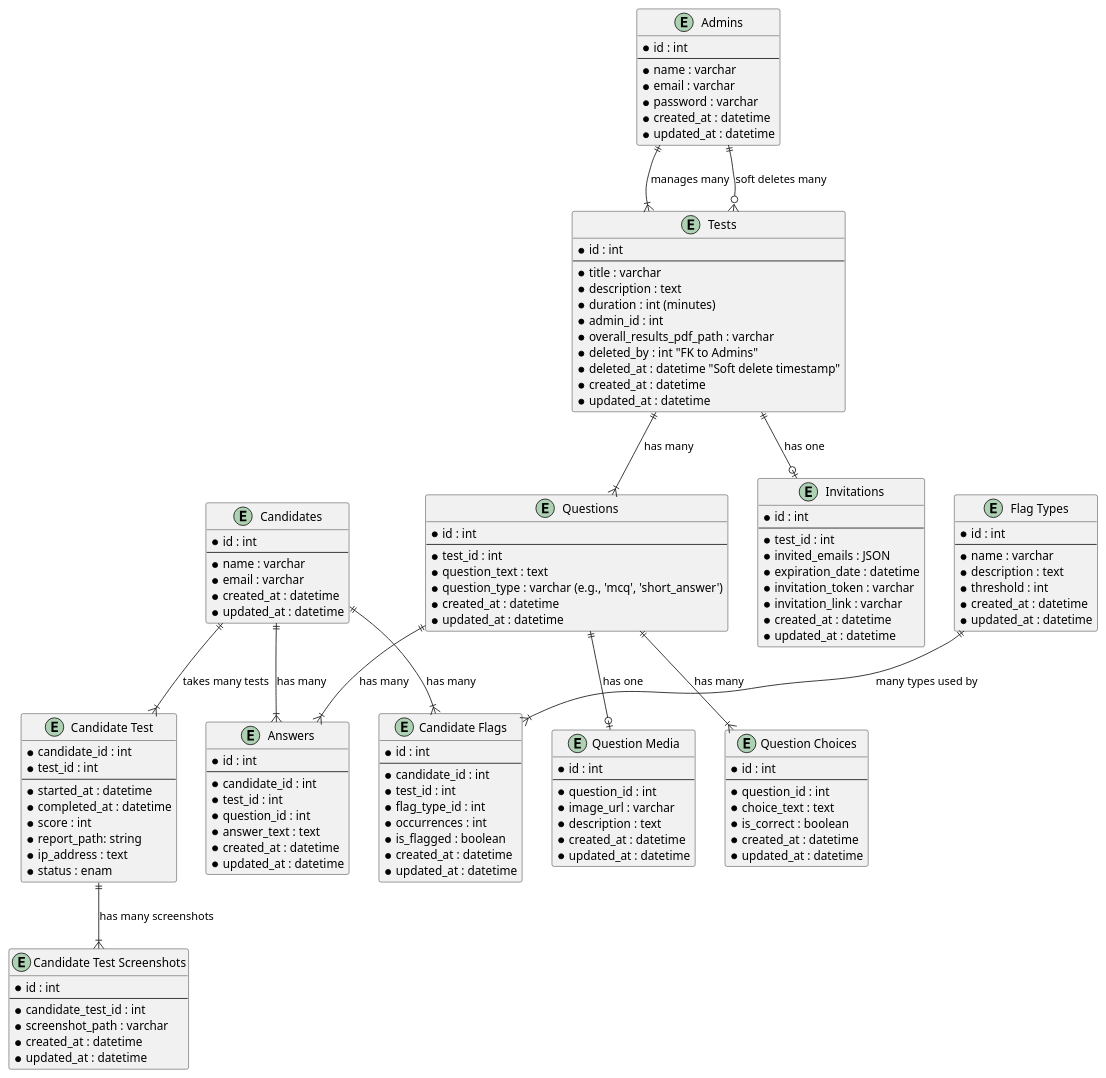
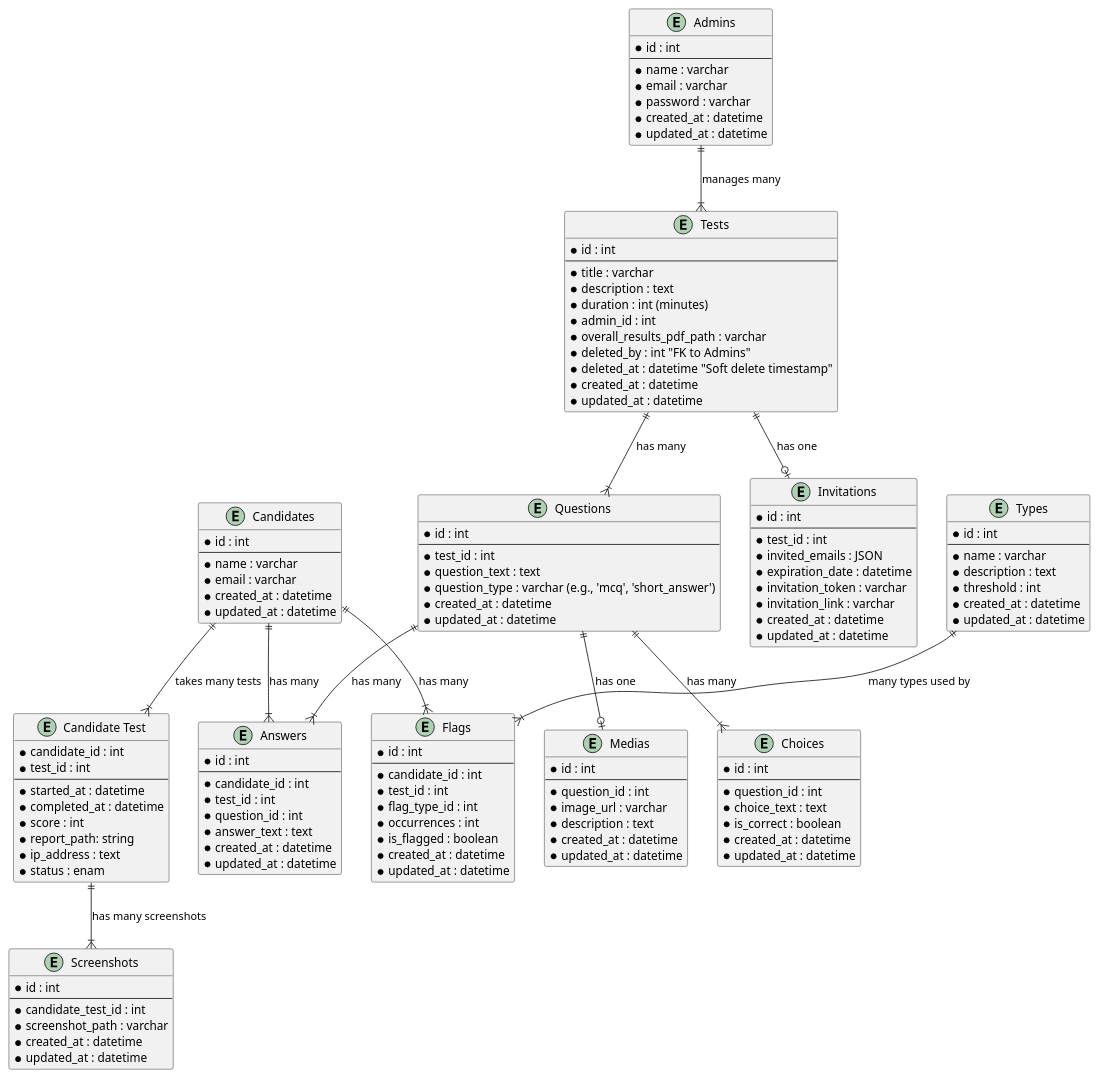
Before and after one commit to milelecars/MileleSkillSage: the diagram in storage/plantuml/db_diagram.puml, drawn with PlantUML. The commit also changed 2 other files, not shown here.

```diff
--- a/storage/plantuml/db_diagram.puml
+++ b/storage/plantuml/db_diagram.puml
@@ -1,148 +1,147 @@
 @startuml "Milele SkillSage"
 
 
 entity "Candidates" {
   * id : int
   --
   * name : varchar
   * email : varchar
   * created_at : datetime
   * updated_at : datetime
 }
 
 entity "Tests" {
   * id : int
   --
   * title : varchar
   * description : text
   * duration : int (minutes)
   * admin_id : int
   * overall_results_pdf_path : varchar
   * deleted_by : int "FK to Admins"
   * deleted_at : datetime "Soft delete timestamp"
   * created_at : datetime
   * updated_at : datetime
 }
 
 entity "Candidate Test" {
   * candidate_id : int
   * test_id : int
   --
   * started_at : datetime
   * completed_at : datetime
   * score : int
   * report_path: string
   * ip_address : text
   * status : enam
 }
 
-entity "Candidate Test Screenshots" {
+entity "Screenshots" {
   * id : int
   --
   * candidate_test_id : int
   * screenshot_path : varchar
   * created_at : datetime
   * updated_at : datetime
 }
 
 entity "Questions" {
   * id : int
   --
   * test_id : int
   * question_text : text
   * question_type : varchar (e.g., 'mcq', 'short_answer')
   * created_at : datetime
   * updated_at : datetime
 }
 
-entity "Question Choices" {
+entity "Choices" {
   * id : int
   --
   * question_id : int
   * choice_text : text
   * is_correct : boolean
   * created_at : datetime
   * updated_at : datetime
 }
 
-entity "Question Media" {
+entity "Medias" {
   * id : int
   --
   * question_id : int
   * image_url : varchar
   * description : text
   * created_at : datetime
   * updated_at : datetime
 }
 
 entity "Answers" {
   * id : int
   --
   * candidate_id : int
   * test_id : int
   * question_id : int
   * answer_text : text
   * created_at : datetime
   * updated_at : datetime
 }
 
 entity "Admins" {
   * id : int
   --
   * name : varchar
   * email : varchar
   * password : varchar  
   * created_at : datetime
   * updated_at : datetime
 }
 
-entity "Flag Types" {
+entity "Types" {
   * id : int
   --
   * name : varchar
   * description : text
   * threshold : int
   * created_at : datetime
   * updated_at : datetime
 }
 
-entity "Candidate Flags" {
+entity "Flags" {
   * id : int
   --
   * candidate_id : int
   * test_id : int
   * flag_type_id : int
   * occurrences : int
   * is_flagged : boolean
   * created_at : datetime
   * updated_at : datetime
 }
 
 entity "Invitations" {
   * id : int
   --
   * test_id : int
   * invited_emails : JSON
   * expiration_date : datetime
   * invitation_token : varchar
   * invitation_link : varchar
   * created_at : datetime 
   * updated_at : datetime
 }
 
 ' Relationships
+"Candidates" ||--|{ "Candidate Test" : takes many tests
 "Candidates" ||--|{ "Answers" : has many
-"Candidates" ||--|{ "Candidate Flags" : has many
-"Candidates" ||--|{ "Candidate Test" : takes many tests
+"Candidates" ||--|{ "Flags" : has many
 "Tests" ||--|{ "Questions" : has many
 "Tests" ||--o| "Invitations" : has one
-"Questions" ||--|{ "Question Choices" : has many
-"Questions" ||--o| "Question Media" : has one
+"Questions" ||--|{ "Choices" : has many
+"Questions" ||--o| "Medias" : has one
 "Questions" ||--|{ "Answers" : has many  
-"Flag Types" ||--|{ "Candidate Flags" : many types used by
+"Types" ||--|{ "Flags" : many types used by
 "Admins" ||--|{ "Tests" : manages many
-"Admins" ||--o{ "Tests" : "soft deletes many"
-"Candidate Test" ||--|{ "Candidate Test Screenshots" : "has many screenshots"
+"Candidate Test" ||--|{ "Screenshots" : "has many screenshots"
 
 
 @enduml
```
